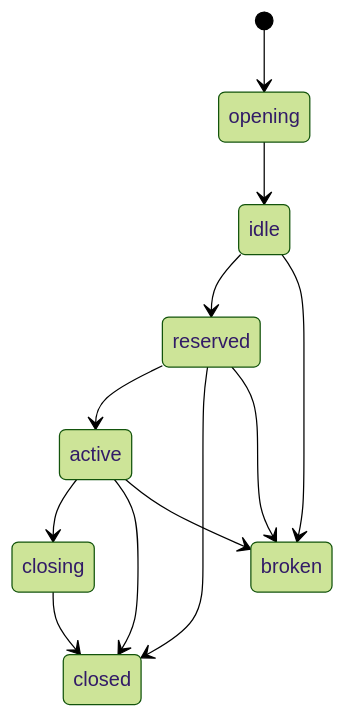
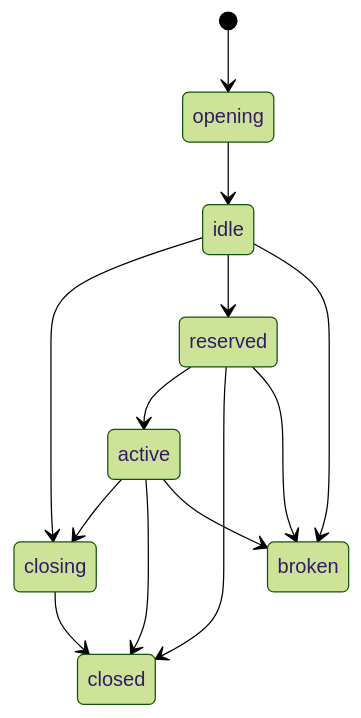
One commit to lifei6671/devbridge-loop changed the third of 6 diagrams in docs/Agent‑and‑Bridge‑Implementation‑Technical‑Design.md. Above: the diagram before and after it, drawn with Mermaid (forest theme). The commit also changed other lines of this file, not shown here.

````diff
--- a/docs/Agent‑and‑Bridge‑Implementation‑Technical‑Design.md
+++ b/docs/Agent‑and‑Bridge‑Implementation‑Technical‑Design.md
@@ -256,14 +256,15 @@
 ```mermaid
 stateDiagram-v2
     [*] --> opening
     opening --> idle
+    idle --> closing
     idle --> reserved
     reserved --> active
     reserved --> closed
     reserved --> broken
     active --> closing
     active --> closed
     active --> broken
     idle --> broken
     closing --> closed
 ```
````
